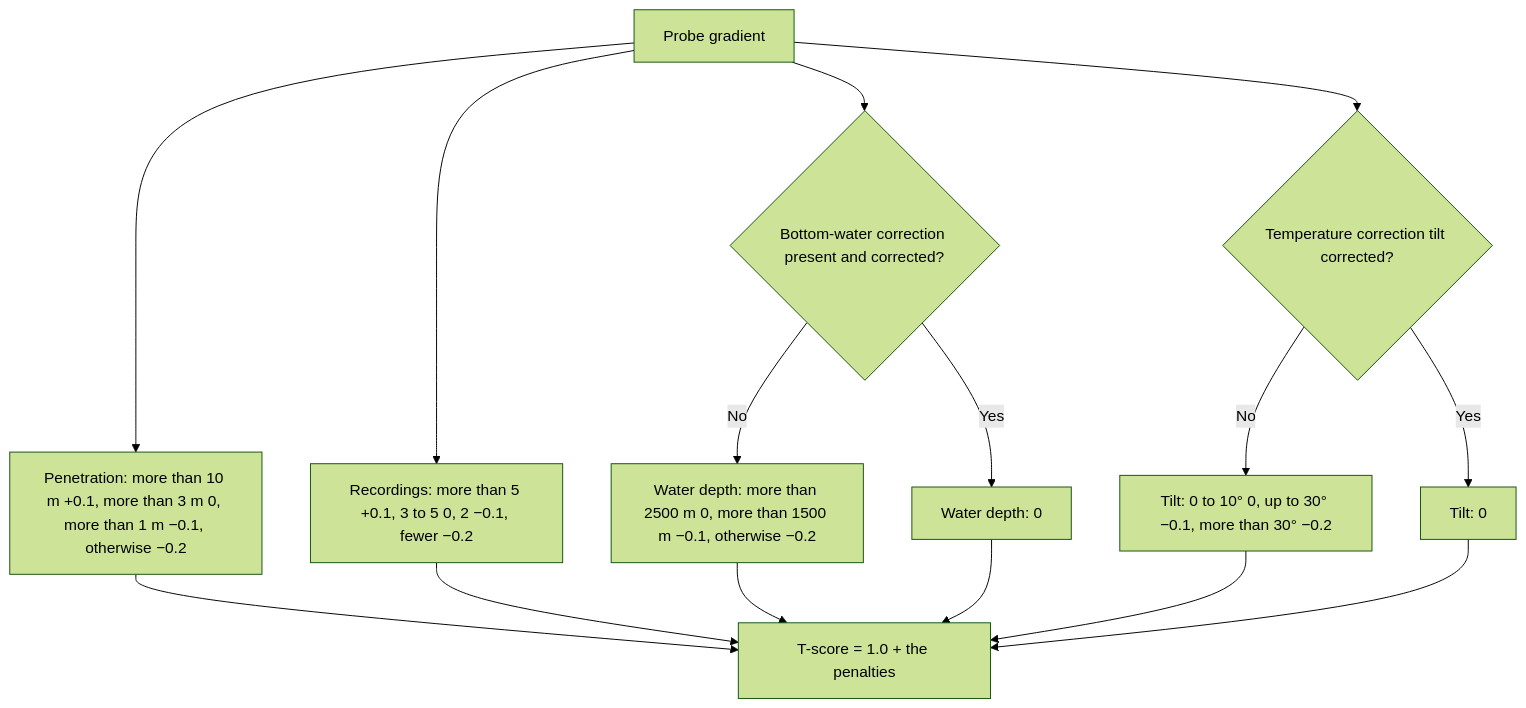
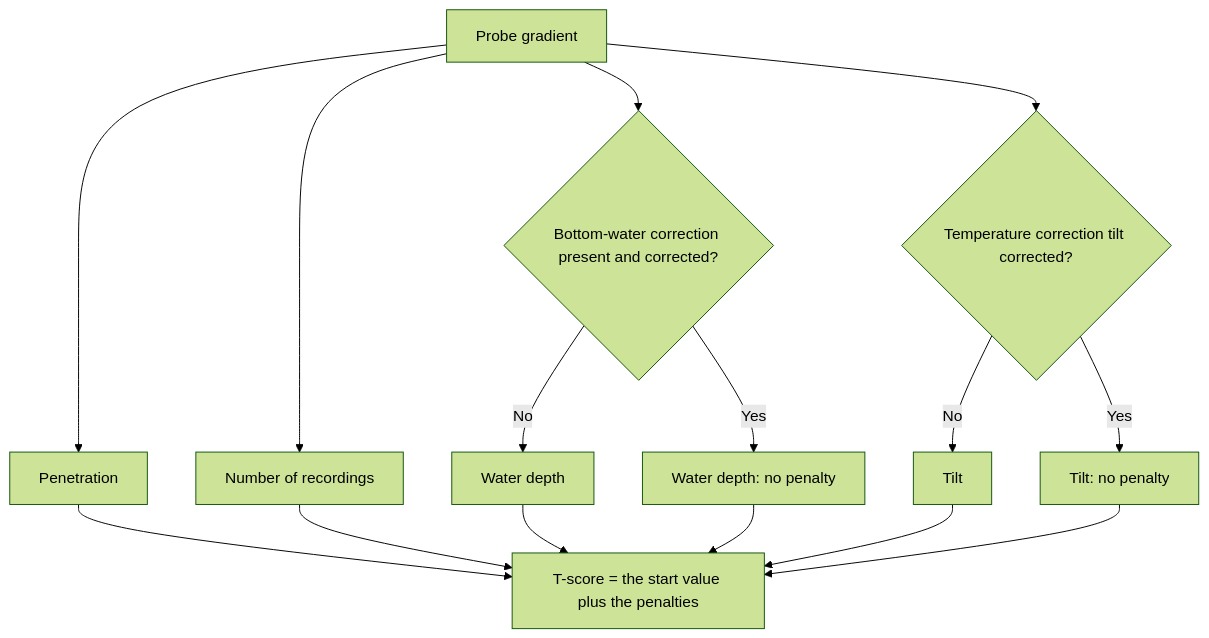
One commit to ihfc-iugg/ghfdb changed the first of 2 diagrams in docs/reference/quality-scheme/probe-sensing.md. Above: the diagram before and after it, drawn with Mermaid (forest theme). The commit also changed other lines of this file and 83 other files, not shown here.

````diff
--- a/docs/reference/quality-scheme/probe-sensing.md
+++ b/docs/reference/quality-scheme/probe-sensing.md
@@ -20,17 +23,17 @@
 ```{mermaid}
 flowchart TD
-    gradient["Probe gradient"] --> penetration["Penetration: more than 10 m +0.1, more than 3 m 0, more than 1 m −0.1, otherwise −0.2"]
-    gradient --> recordings["Recordings: more than 5 +0.1, 3 to 5 0, 2 −0.1, fewer −0.2"]
+    gradient["Probe gradient"] --> penetration["Penetration"]
+    gradient --> recordings["Number of recordings"]
     gradient --> corrected_water{"Bottom-water correction present and corrected?"}
-    corrected_water -->|"Yes"| water_waived["Water depth: 0"]
-    corrected_water -->|"No"| water["Water depth: more than 2500 m 0, more than 1500 m −0.1, otherwise −0.2"]
+    corrected_water -->|"Yes"| water_waived["Water depth: no penalty"]
+    corrected_water -->|"No"| water["Water depth"]
     gradient --> corrected_tilt{"Temperature correction tilt corrected?"}
-    corrected_tilt -->|"Yes"| tilt_waived["Tilt: 0"]
-    corrected_tilt -->|"No"| tilt["Tilt: 0 to 10° 0, up to 30° −0.1, more than 30° −0.2"]
-    penetration --> sum["T-score = 1.0 + the penalties"]
+    corrected_tilt -->|"Yes"| tilt_waived["Tilt: no penalty"]
+    corrected_tilt -->|"No"| tilt["Tilt"]
+    penetration --> sum["T-score = the start value plus the penalties"]
     recordings --> sum
     water --> sum
     water_waived --> sum
     tilt --> sum
     tilt_waived --> sum
 ```
````
